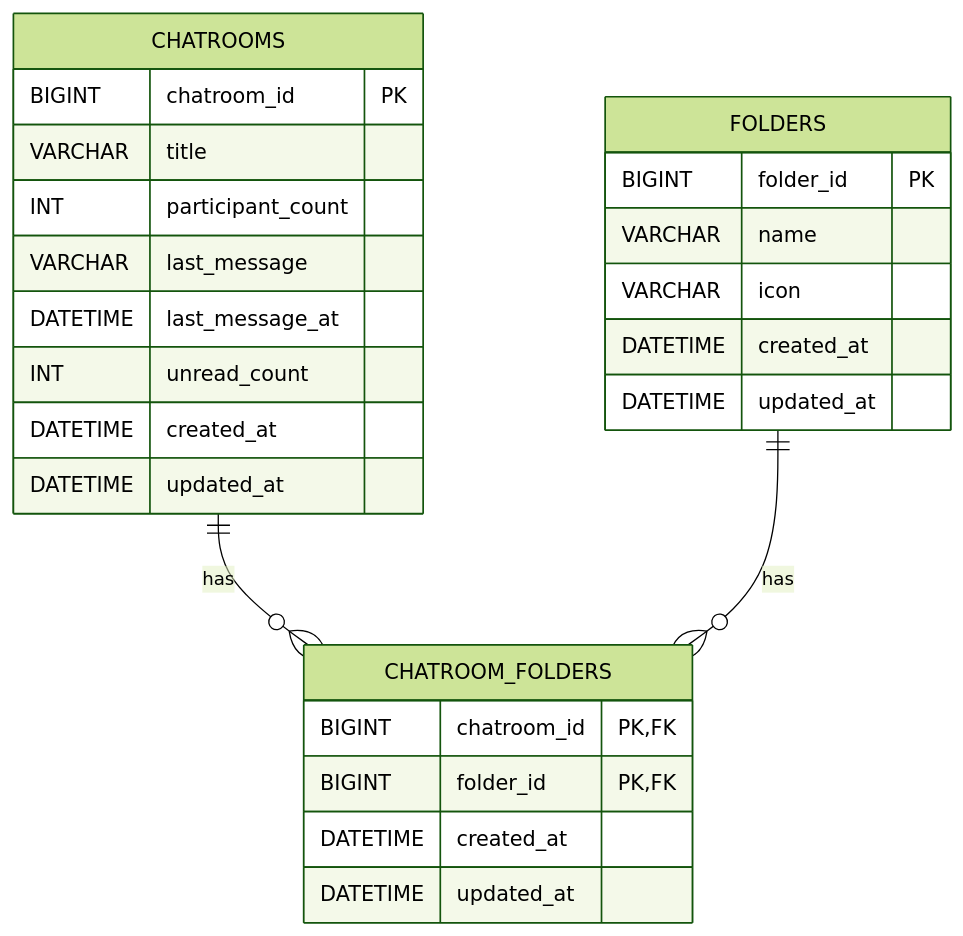
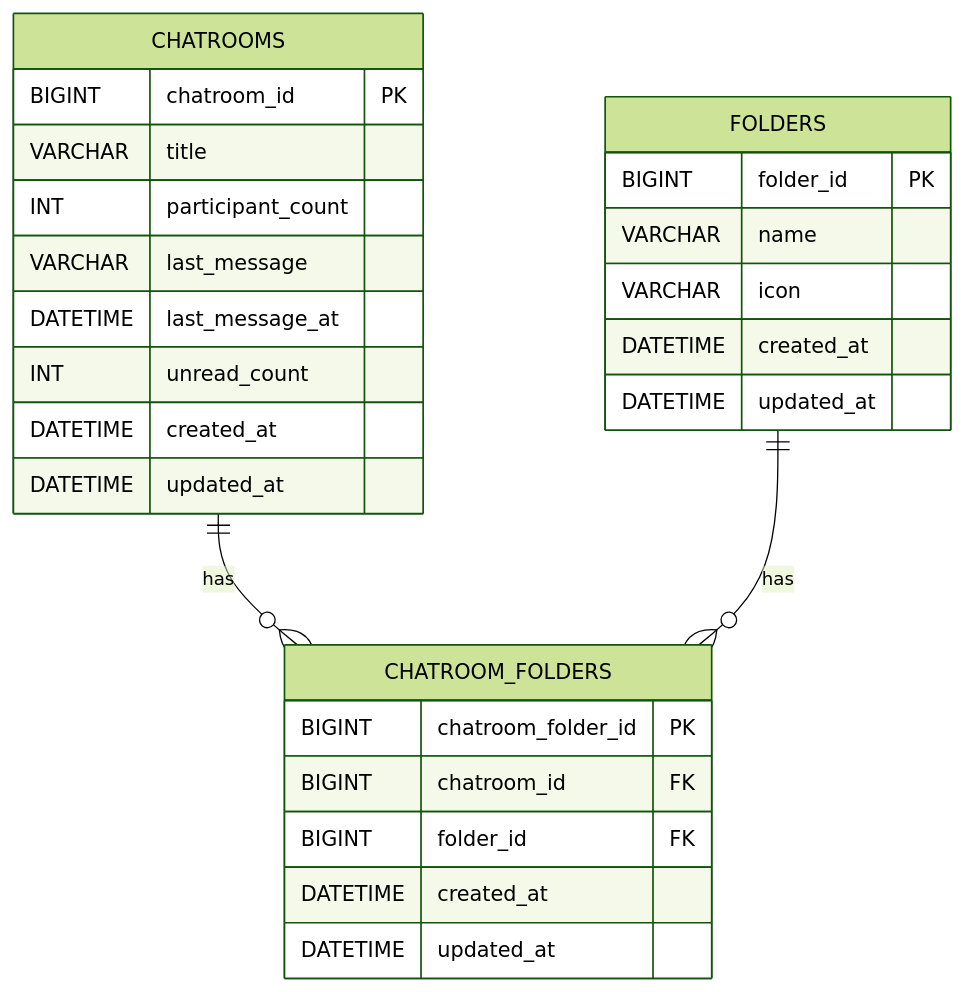
The diagram in docs/database-schema.md (SOPT-all/38-COLLABORATION-SERVER-KAKAOTALK), drawn with Mermaid (forest theme) before and after one commit. The commit also changed other lines of this file, not shown here.

Commit message:
docs: chatroom_folders ERD 및 DDL 변경

````diff
--- a/docs/database-schema.md
+++ b/docs/database-schema.md
@@ -9,31 +9,32 @@
 ```mermaid
 erDiagram
     CHATROOMS ||--o{ CHATROOM_FOLDERS : "has"
     FOLDERS ||--o{ CHATROOM_FOLDERS : "has"
 
     CHATROOMS {
         BIGINT chatroom_id PK
         VARCHAR title
         INT participant_count
         VARCHAR last_message
         DATETIME last_message_at
         INT unread_count
         DATETIME created_at
         DATETIME updated_at
     }
 
     FOLDERS {
         BIGINT folder_id PK
         VARCHAR name
         VARCHAR icon
         DATETIME created_at
         DATETIME updated_at
     }
 
     CHATROOM_FOLDERS {
-        BIGINT chatroom_id PK, FK
-        BIGINT folder_id PK, FK
+        BIGINT chatroom_folder_id PK
+        BIGINT chatroom_id FK
+        BIGINT folder_id FK
         DATETIME created_at
         DATETIME updated_at
     }
 ```
````
